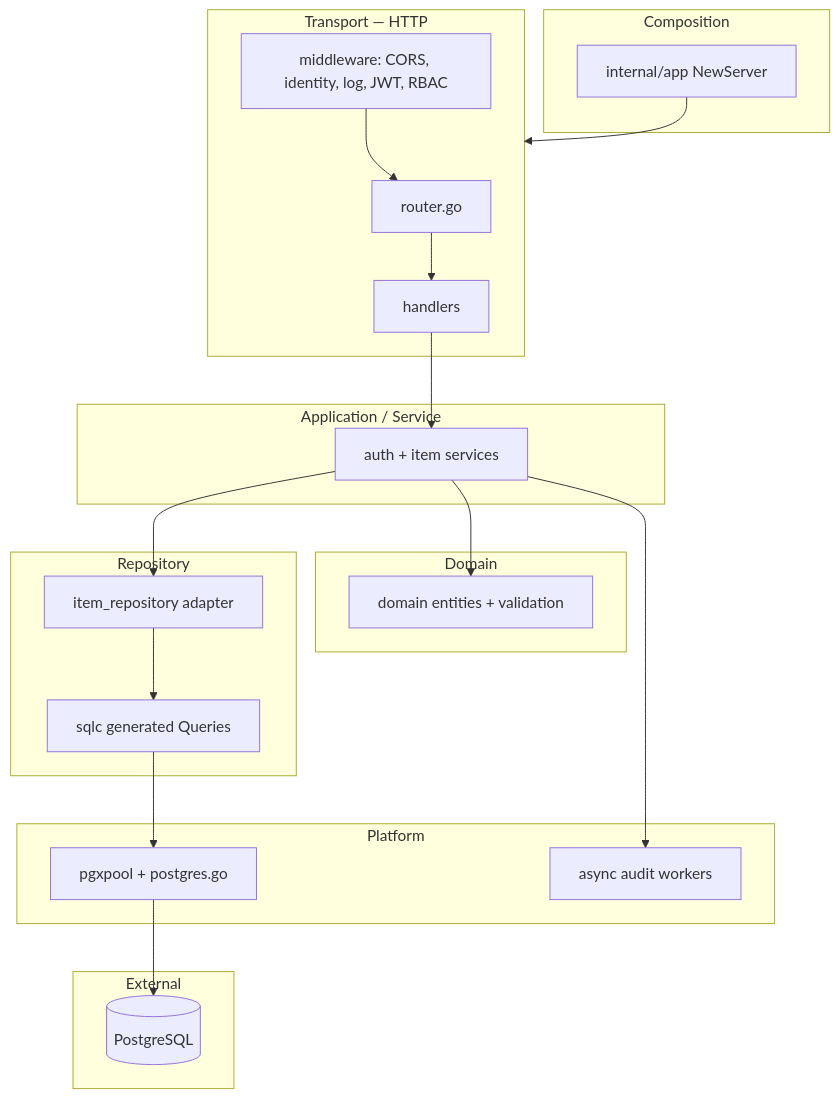
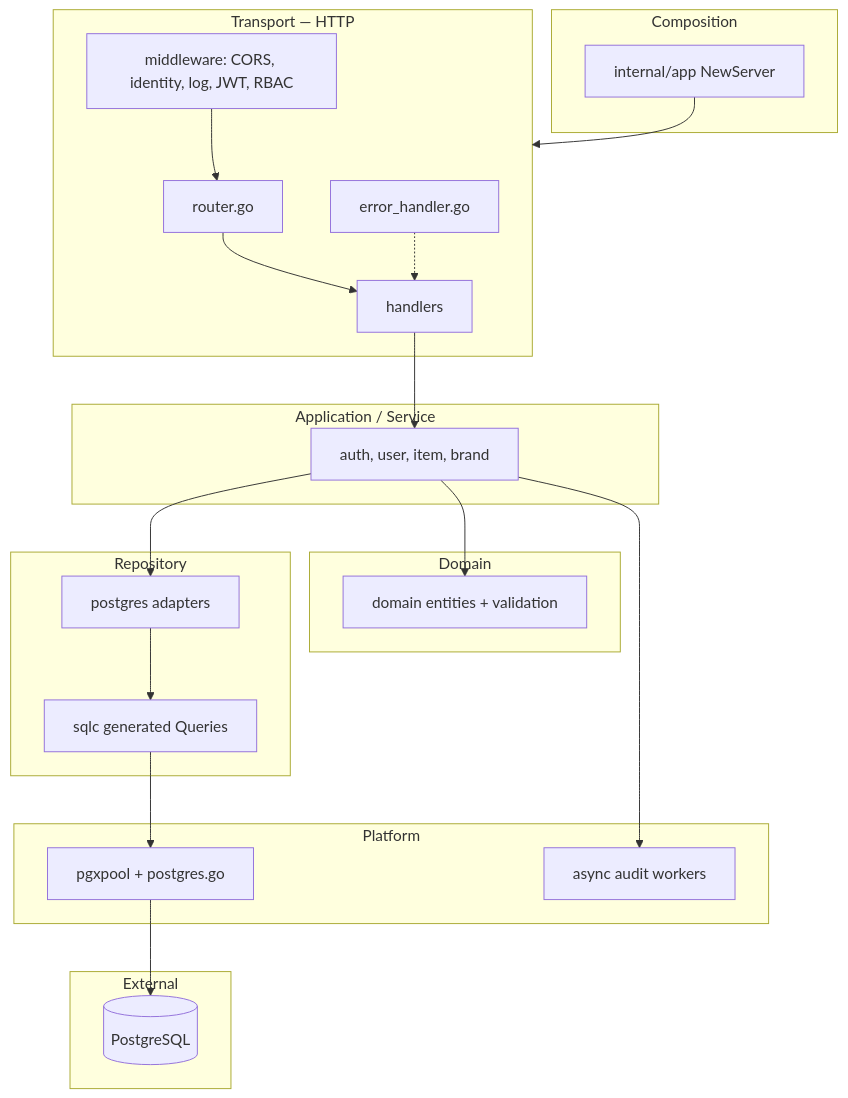
The second of 6 diagrams in docs/ARCHITECTURE.md (nuralam24/go-crud-with-fiber), drawn with Mermaid before and after one commit. The commit also changed other lines of this file and 8 other files, not shown here.

Commit message:
Refactor API routes to use `/api/v1` prefix; update Swagger documentation paths and enhance README for clarity on API structure and usage. Improve architecture documentation with detailed descriptions and diagrams for better understanding of system components.

````diff
--- a/docs/ARCHITECTURE.md
+++ b/docs/ARCHITECTURE.md
@@ -50,45 +50,47 @@
 ```mermaid
 flowchart TB
   subgraph transport [Transport — HTTP]
     R[router.go]
     MW[middleware: CORS, identity, log, JWT, RBAC]
     H[handlers]
+    EH[error_handler.go]
   end
 
   subgraph app_layer [Composition]
     APP[internal/app NewServer]
   end
 
   subgraph domain [Domain]
     D[domain entities + validation]
   end
 
   subgraph service [Application / Service]
-    SVC[auth + item services]
+    SVC[auth, user, item, brand]
   end
 
   subgraph repo [Repository]
-    REP[item_repository adapter]
+    REP[postgres adapters]
     SQLC[sqlc generated Queries]
   end
 
   subgraph platform [Platform]
     DB[pgxpool + postgres.go]
     AUDIT[async audit workers]
   end
 
   subgraph external [External]
     PG[(PostgreSQL)]
   end
 
   APP --> transport
   H --> SVC
   SVC --> D
   SVC --> REP
   REP --> SQLC
   SQLC --> DB
   DB --> PG
   SVC --> AUDIT
   MW --> R
   R --> H
+  EH -.-> H
 ```
````
